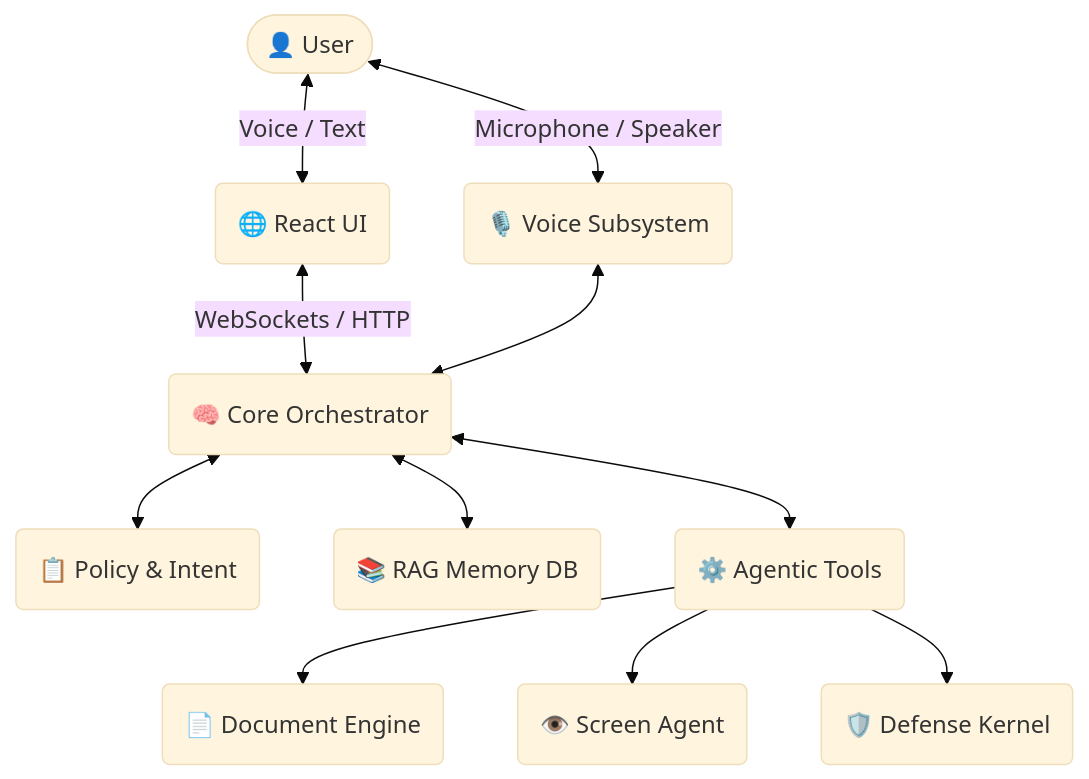
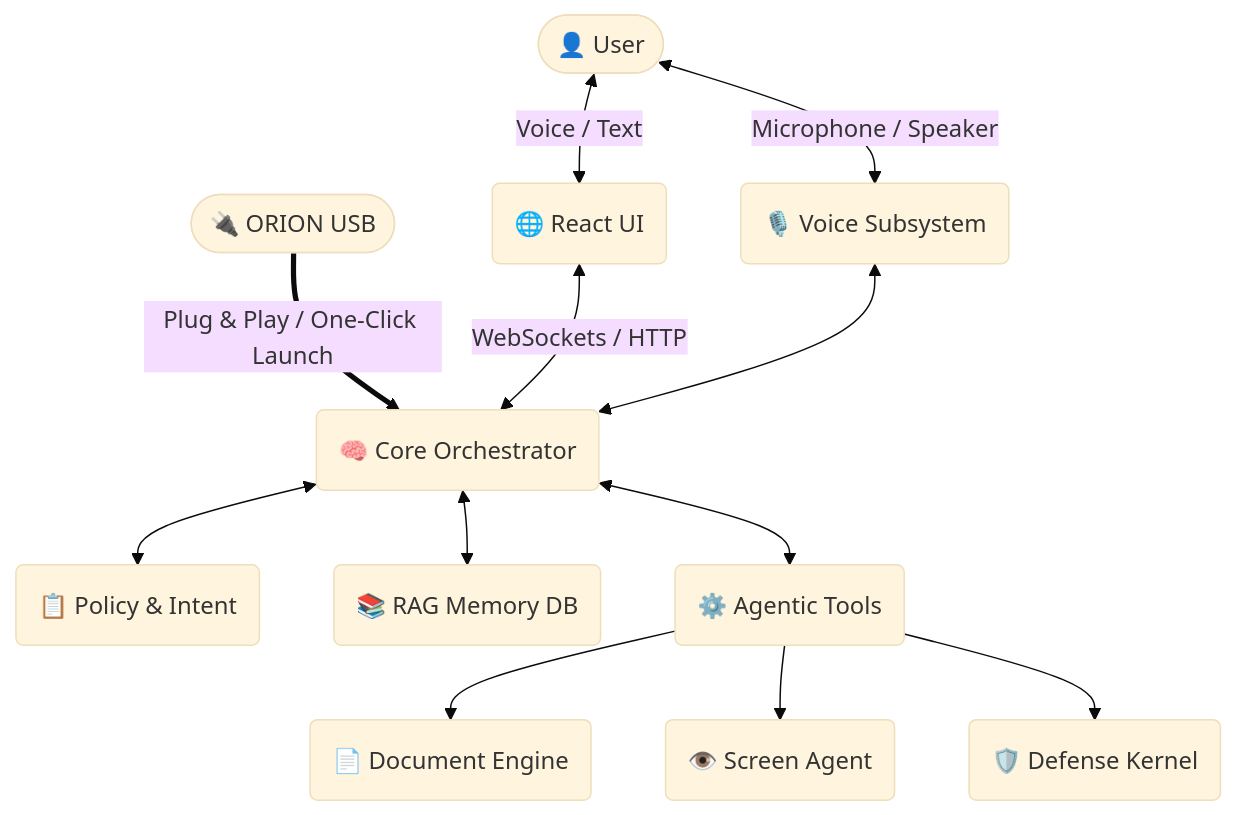
Before and after one commit to rohith-2809/ORION_USB: the diagram in README.md, drawn with Mermaid (base theme). The commit also changed other lines of this file, not shown here.

Commit message:
feat(refactor): "enhanced the system architecture"

````diff
--- a/README.md
+++ b/README.md
@@ -42,16 +43,18 @@
 ```mermaid
 graph TD
     User([👤 User]) <--> |Voice / Text| Frontend(🌐 React UI)
     User <--> |Microphone / Speaker| VoiceSystem(🎙️ Voice Subsystem)
 
-    Frontend <--> |WebSockets / HTTP| Orchestrator(🧠 Core Orchestrator)
+    USB([🔌 ORION USB]) ==> |Plug & Play / One-Click Launch| Orchestrator(🧠 Core Orchestrator)
+
+    Frontend <--> |WebSockets / HTTP| Orchestrator
     VoiceSystem <--> Orchestrator
 
     Orchestrator <--> Planner(📋 Policy & Intent)
     Orchestrator <--> Memory(📚 RAG Memory DB)
     Orchestrator <--> Tools(⚙️ Agentic Tools)
 
     Tools --> DocEngine(📄 Document Engine)
     Tools --> Vision(👁️ Screen Agent)
     Tools --> Defense(🛡️ Defense Kernel)
 ```
````
